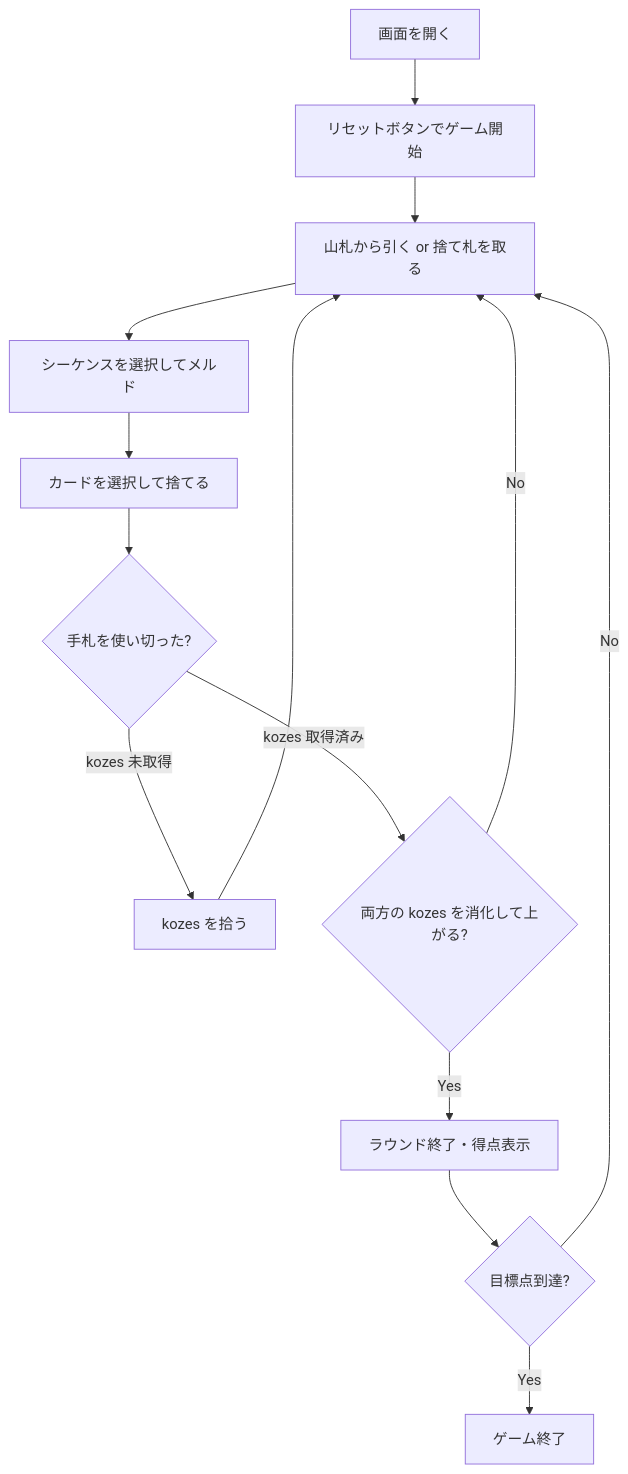
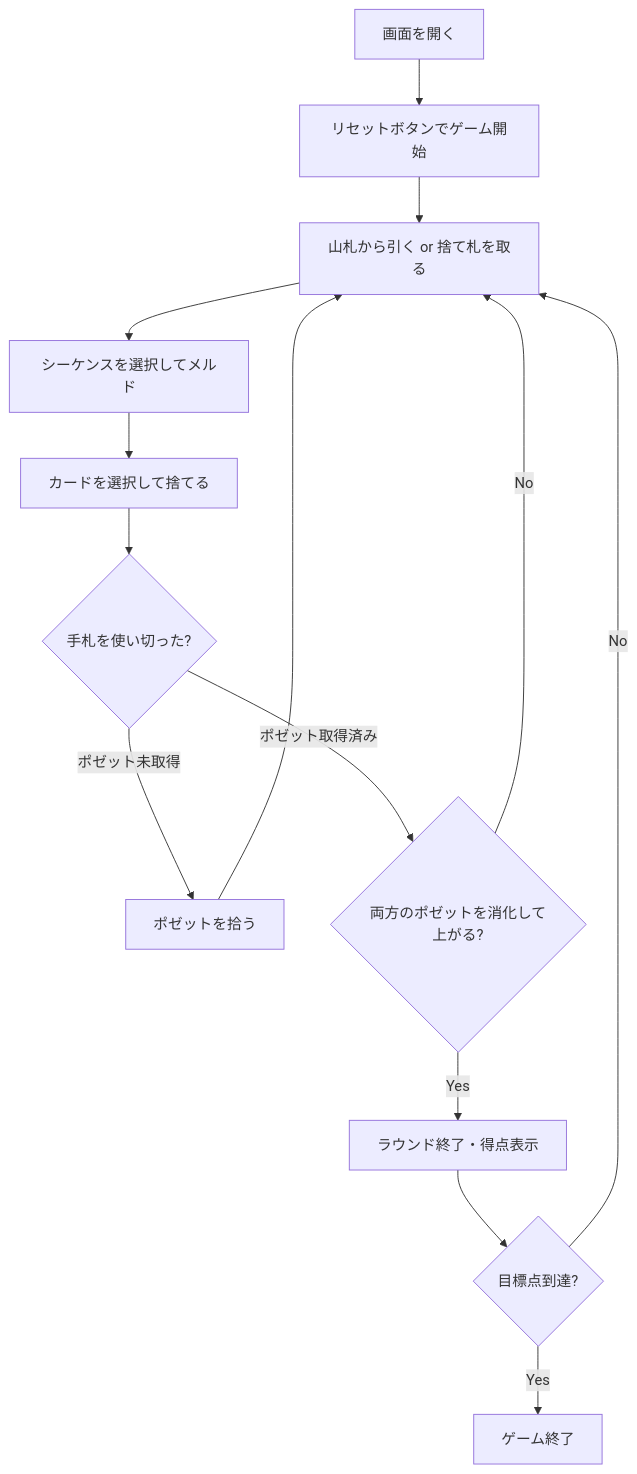
One commit to yuta-yoshinaga/go_trumpcards changed the diagram in docs/manual/web/biriba.md. Above: the diagram before and after it, drawn with Mermaid. The commit also changed other lines of this file and 5 other files, not shown here.

````diff
--- a/docs/manual/web/biriba.md
+++ b/docs/manual/web/biriba.md
@@ -33,16 +33,16 @@
 ```mermaid
 flowchart TD
     A[画面を開く] --> B[リセットボタンでゲーム開始]
     B --> C[山札から引く or 捨て札を取る]
     C --> D[シーケンスを選択してメルド]
     D --> E[カードを選択して捨てる]
     E --> F{手札を使い切った?}
-    F -->|kozes 未取得| G[kozes を拾う]
+    F -->|ポゼット未取得| G[ポゼットを拾う]
     G --> C
-    F -->|kozes 取得済み| H{両方の kozes を消化して上がる?}
+    F -->|ポゼット取得済み| H{両方のポゼットを消化して上がる?}
     H -->|No| C
     H -->|Yes| I[ラウンド終了・得点表示]
     I --> J{目標点到達?}
     J -->|No| C
     J -->|Yes| K[ゲーム終了]
 ```
````
